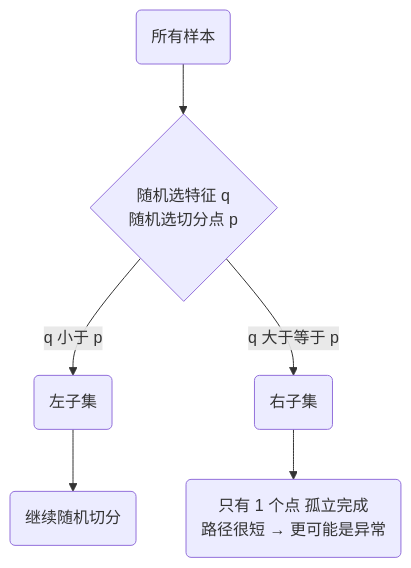
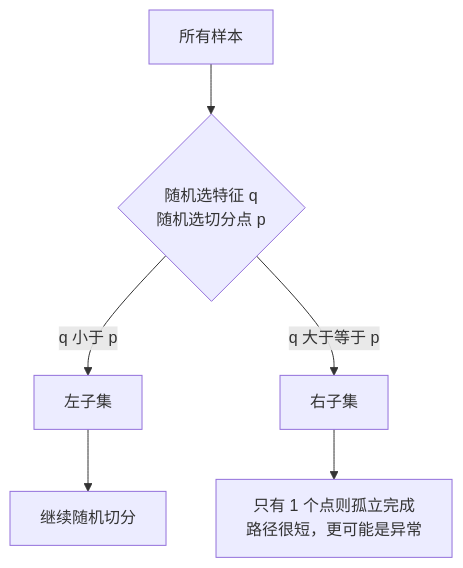
The diagram in docs/0733_ML_OML_IsolationForest.md (junxnone/aiwiki), drawn with Mermaid before and after one commit. The commit also changed other lines of this file and 1 other file, not shown here.

Commit message:
更新了 ML OML IsolationForest

````diff
--- a/docs/0733_ML_OML_IsolationForest.md
+++ b/docs/0733_ML_OML_IsolationForest.md
@@ -20,8 +20,8 @@
 ```mermaid
 graph TD
-    A(所有样本) --> B{随机选特征 q<br/>随机选切分点 p}
-    B -->|q 小于 p| C(左子集)
-    B -->|q 大于等于 p| D(右子集)
-    C --> E(继续随机切分)
-    D --> F(只有 1 个点 孤立完成<br/>路径很短 → 更可能是异常)
+    A["所有样本"] --> B{"随机选特征 q<br/>随机选切分点 p"}
+    B -->|"q 小于 p"| C["左子集"]
+    B -->|"q 大于等于 p"| D["右子集"]
+    C --> E["继续随机切分"]
+    D --> F["只有 1 个点则孤立完成<br/>路径很短，更可能是异常"]
 ```
````
